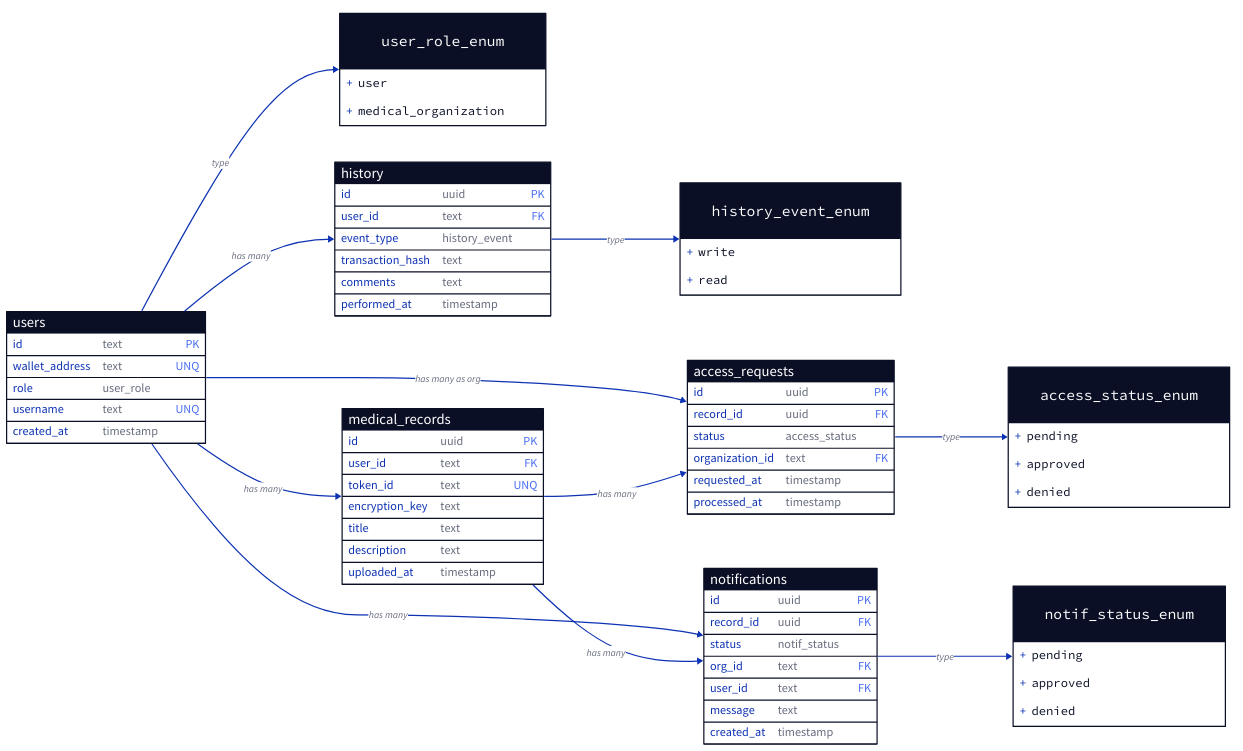
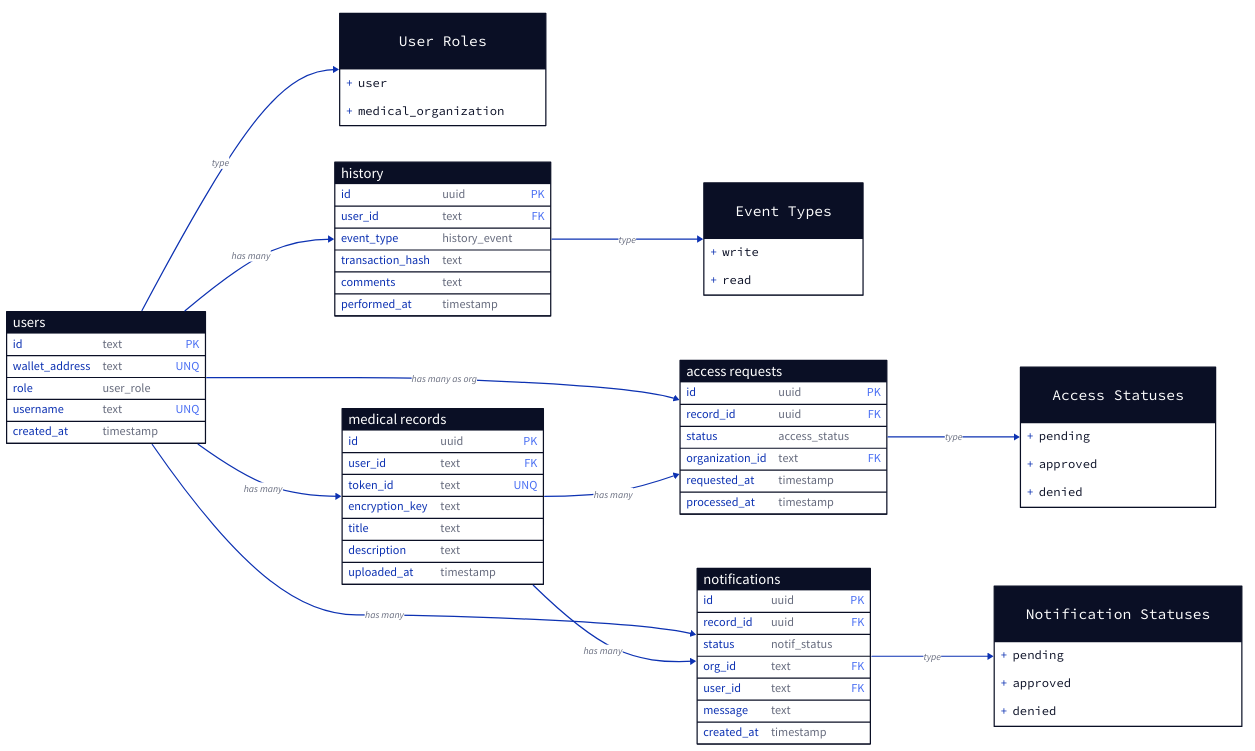
The diagram in diagrams/db-schema.d2 (dsptanmay/Major-Project), drawn with D2 before and after one commit. The commit also changed 8 other files, not shown here.

Commit message:
added a few more diagrams

```diff
--- a/diagrams/db-schema.d2
+++ b/diagrams/db-schema.d2
@@ -1,97 +1,97 @@
 direction: right
 # Enum definitions
-user_role_enum: {
+user_role_enum: User Roles {
   shape: class
   style.multiple: true
   "user"
   "medical_organization"
 }
 
-access_status_enum: {
+access_status_enum: Access Statuses {
   shape: class
   style.multiple: true
   "pending"
   "approved"
   "denied"
 }
 
-notif_status_enum: {
+notif_status_enum: Notification Statuses {
   shape: class
   style.multiple: true
   "pending"
   "approved"
   "denied"
 }
 
-history_event_enum: {
+history_event_enum: Event Types {
   shape: class
   style.multiple: true
   "write"
   "read"
 }
 
 # Tables
 users: {
   shape: sql_table
   id: text {constraint: primary_key}
   wallet_address: text {constraint: unique}
   role: user_role
   username: text {constraint: unique}
   created_at: timestamp
 }
 
-medical_records: {
+medical_records: medical records {
   shape: sql_table
   id: uuid {constraint: primary_key}
   user_id: text {constraint: foreign_key}
   token_id: text {constraint: unique}
   encryption_key: text
   title: text
   description: text
   uploaded_at: timestamp
 }
 
-access_requests: {
+access_requests: access requests {
   shape: sql_table
   id: uuid {constraint: primary_key}
   record_id: uuid {constraint: foreign_key}
   status: access_status
   organization_id: text {constraint: foreign_key}
   requested_at: timestamp
   processed_at: timestamp
 }
 
 notifications: {
   shape: sql_table
   id: uuid {constraint: primary_key}
   record_id: uuid {constraint: foreign_key}
   status: notif_status
   org_id: text {constraint: foreign_key}
   user_id: text {constraint: foreign_key}
   message: text
   created_at: timestamp
 }
 
 history: {
   shape: sql_table
   id: uuid {constraint: primary_key}
   user_id: text {constraint: foreign_key}
   event_type: history_event
   transaction_hash: text
   comments: text
   performed_at: timestamp
 }
 
 # Relationships
 users -> medical_records: has many
 users -> access_requests: has many as org
 users -> notifications: has many
 users -> history: has many
 
 medical_records -> access_requests: has many
 medical_records -> notifications: has many
 
 users.role -> user_role_enum: type
 access_requests.status -> access_status_enum: type
 notifications.status -> notif_status_enum: type
 history.event_type -> history_event_enum: type
```
